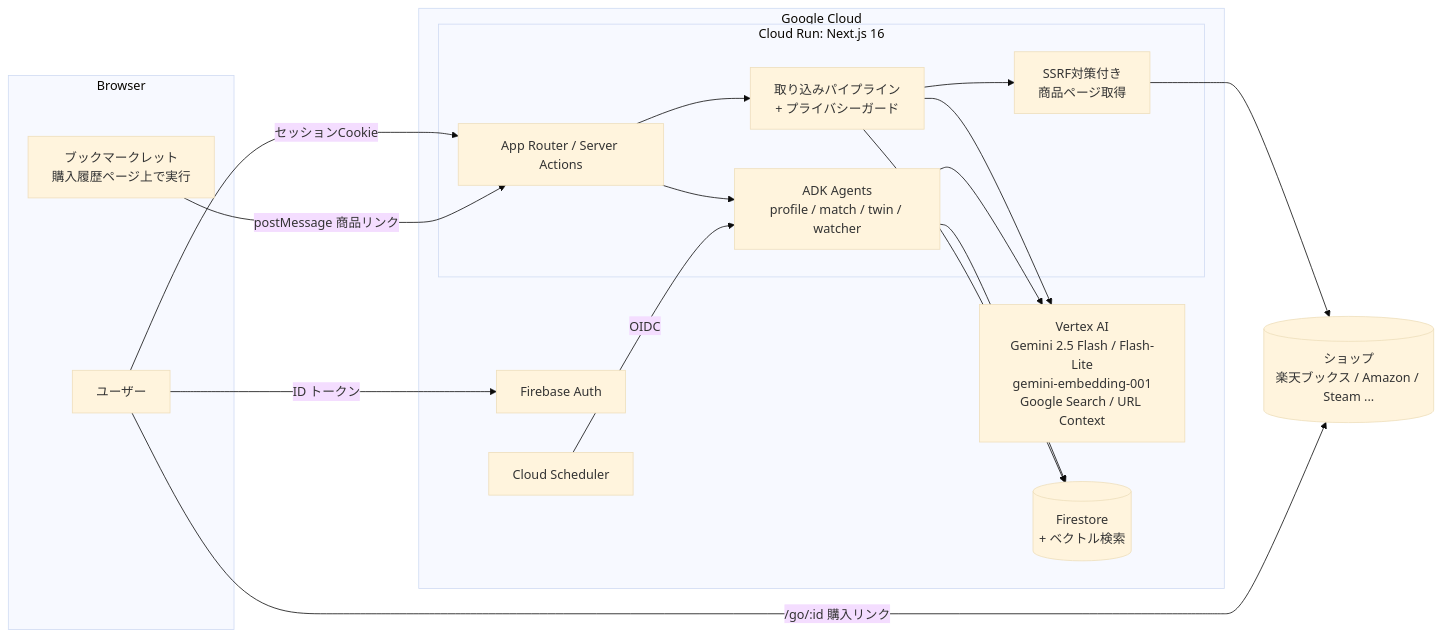
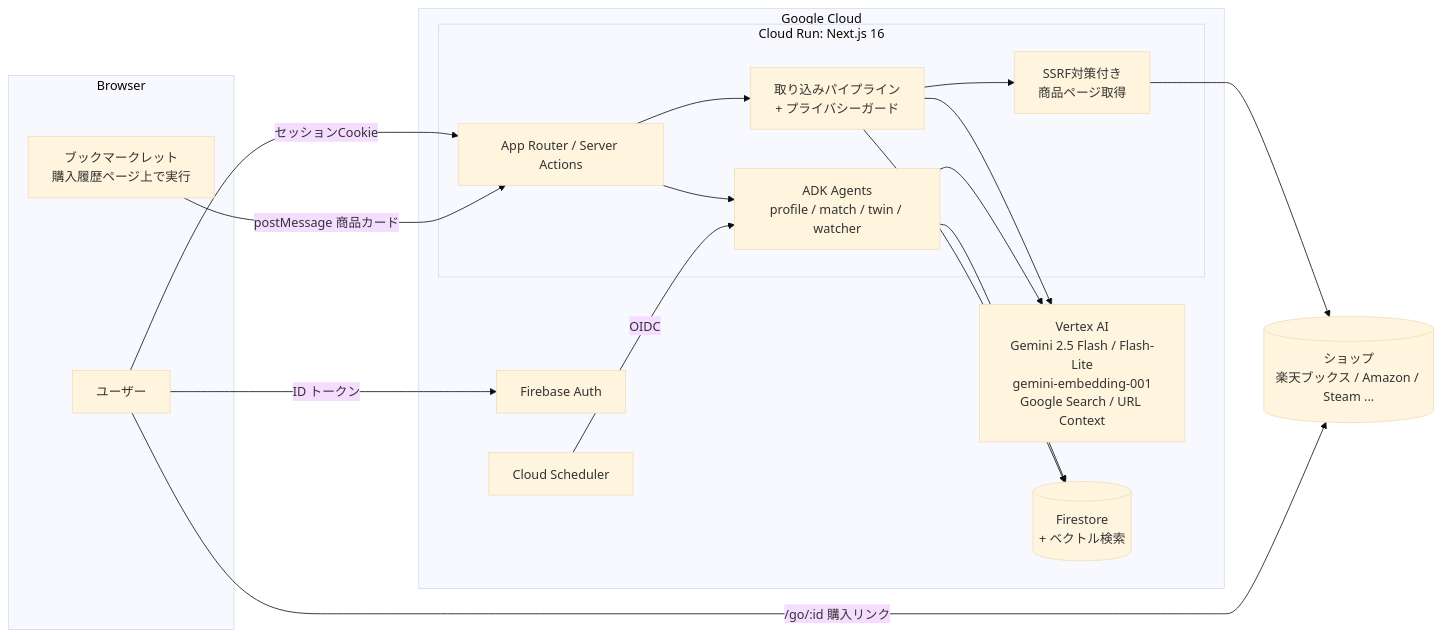
The diagram in README.md (ShinHaya/oshishelf), drawn with Mermaid (base theme) before and after one commit. The commit also changed other lines of this file and 3 other files, not shown here.

Commit message:
docs: finalize project description and architecture for issue 26

````diff
--- a/README.md
+++ b/README.md
@@ -42,31 +48,31 @@
 ```mermaid
 flowchart LR
   subgraph Browser
     U[ユーザー]
     BM[ブックマークレット<br/>購入履歴ページ上で実行]
   end
   subgraph GoogleCloud[Google Cloud]
     subgraph CR[Cloud Run: Next.js 16]
       UI[App Router / Server Actions]
       AG[ADK Agents<br/>profile / match / twin / watcher]
       PL[取り込みパイプライン<br/>+ プライバシーガード]
       SF[SSRF対策付き<br/>商品ページ取得]
     end
     VA[Vertex AI<br/>Gemini 2.5 Flash / Flash-Lite<br/>gemini-embedding-001<br/>Google Search / URL Context]
     FS[(Firestore<br/>+ ベクトル検索)]
     FA[Firebase Auth]
     SCH[Cloud Scheduler]
   end
   SHOP[(ショップ<br/>楽天ブックス / Amazon / Steam ...)]
 
   U -->|セッションCookie| UI
-  BM -->|postMessage 商品リンク| UI
+  BM -->|postMessage 商品カード| UI
   U -->|ID トークン| FA
   UI --> PL --> VA
   UI --> AG --> VA
   PL --> SF --> SHOP
   AG --> FS
   PL --> FS
   SCH -->|OIDC| AG
   U -->|/go/:id 購入リンク| SHOP
 ```
````
